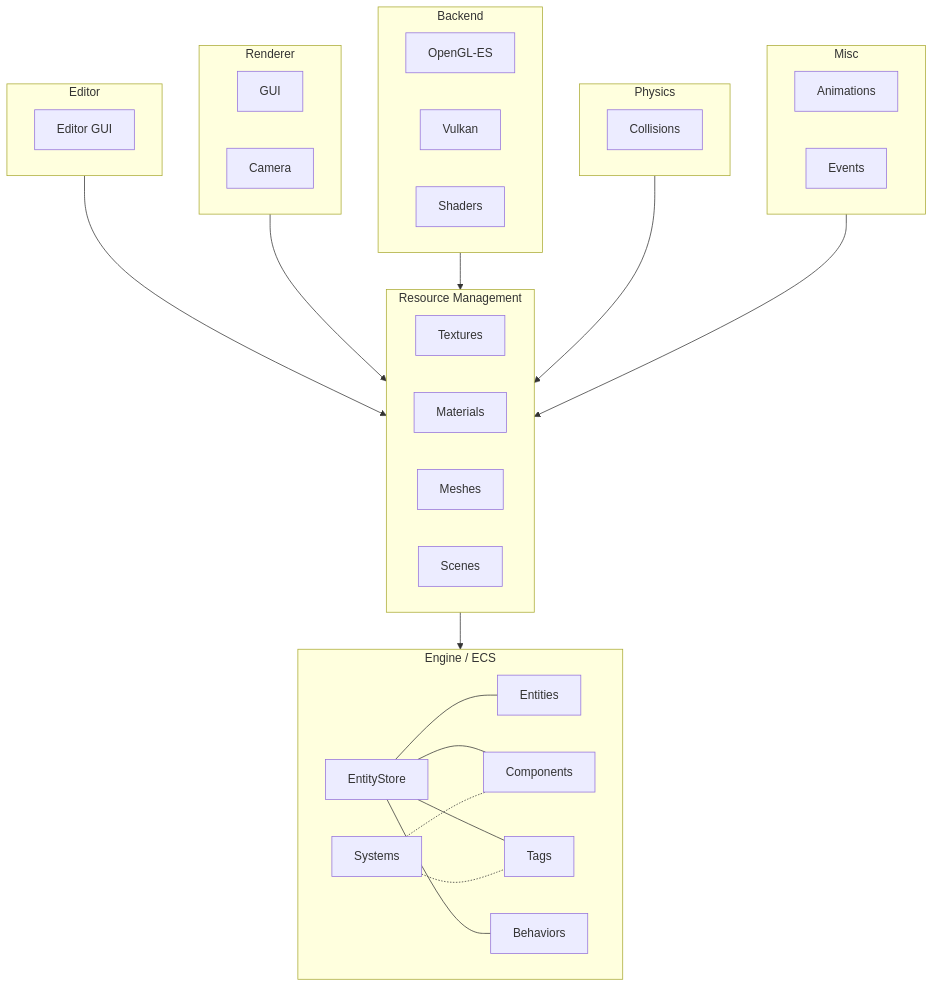
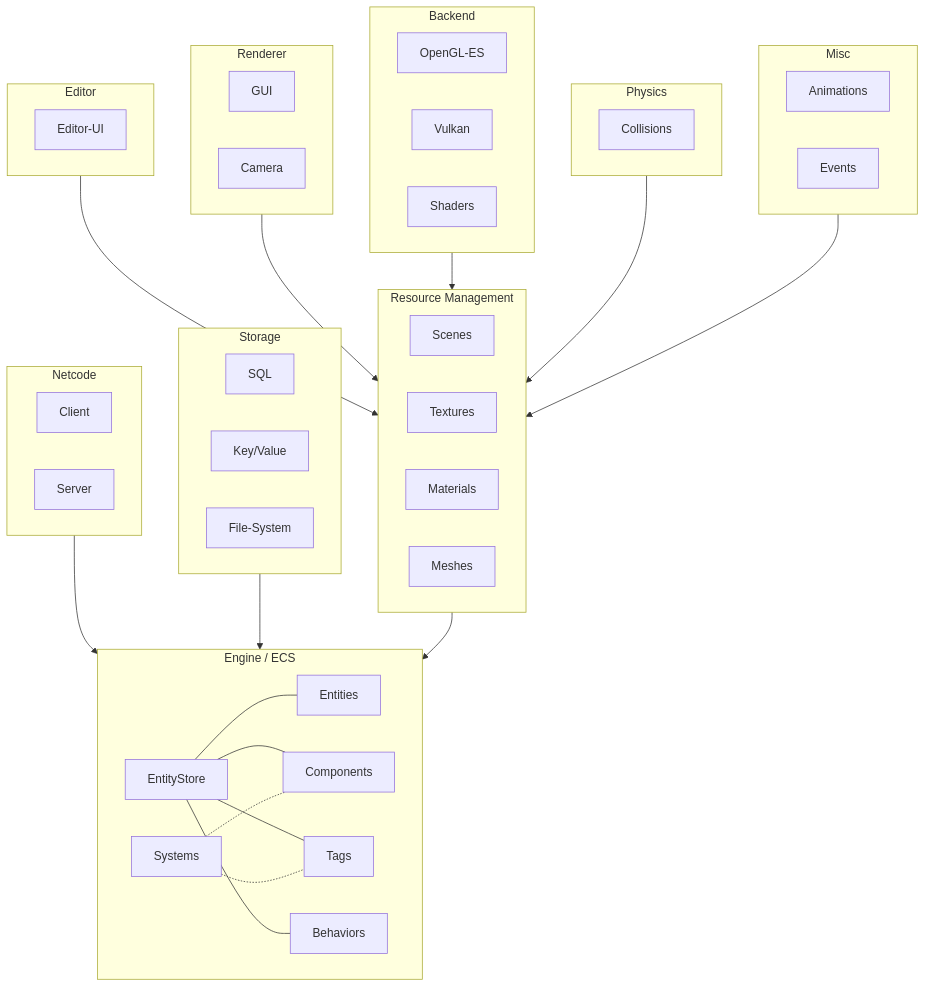
Before and after one commit to friflo/Friflo.Json.Fliox: the first of 2 diagrams in Engine/README.md, drawn with Mermaid.

Commit message:
Engine - update architecture diagram

````diff
--- a/Engine/README.md
+++ b/Engine/README.md
@@ -25,62 +25,75 @@
 ```mermaid
   graph TD;
     subgraph Editor;
-        UI[Editor GUI];
+        Editor-UI;
     end
 
     subgraph Renderer;
         GUI
         Camera
     end
 
     subgraph Backend;
         OpenGL-ES
         Vulkan
         Shaders
     end
 
     subgraph Physics;
         Collisions
     end
     
     subgraph Misc;
         Animations
         Events
     end
 
 
     subgraph Resource[Resource Management];
+        Scenes
         Textures
         Materials
         Meshes
         Animations
-        Scenes
+    end
+
+    subgraph Netcode;
+        Client
+        Server
+    end
+
+    subgraph Storage;
+        SQL
+        Key/Value
+        File-System
     end
 
 
     subgraph Engine[Engine / ECS];
        EntityStore
        Entities
        Components
        Tags
        Behaviors
        Systems
 
        EntityStore  --- Entities
        EntityStore  --- Components
        EntityStore  --- Tags
        EntityStore  --- Behaviors
 
        Systems      -.- Components
        Systems      -.- Tags
     end
 
     Editor      -->Resource
     Renderer    -->Resource
     Backend     -->Resource
     Physics     -->Resource
     Misc        -->Resource
 
+    Netcode     -->Engine
+    Storage     -->Engine
     Resource    -->Engine
       
 ```
````
